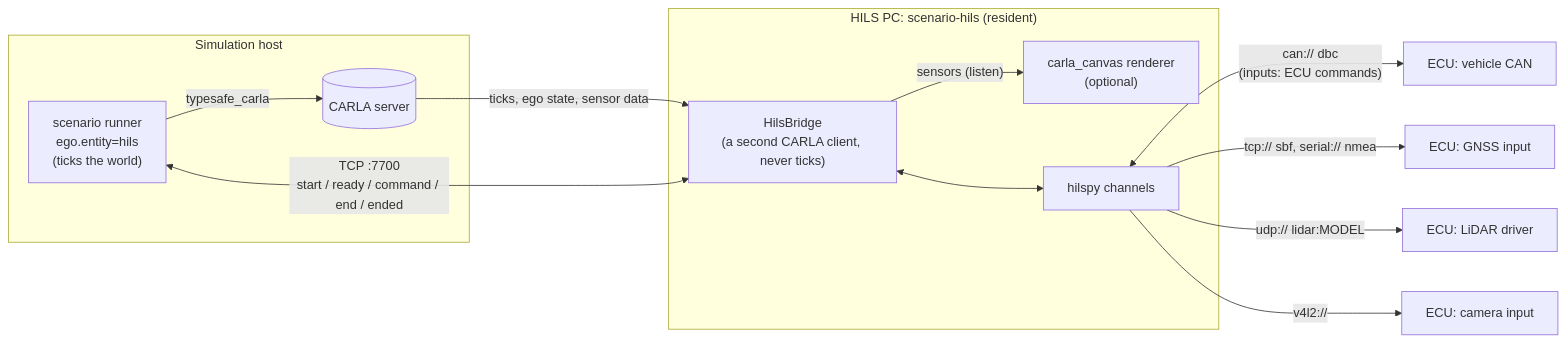
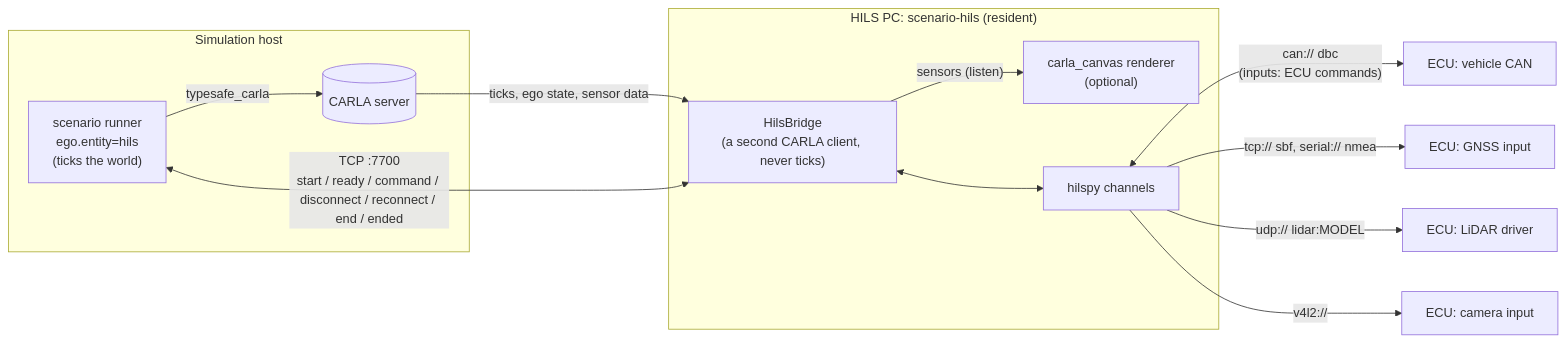
The diagram in autoware_carla_scenario/docs/hils.md (autowarefoundation/autoware_carla_scenario), drawn with Mermaid before and after one commit. The commit also changed other lines of this file and 17 other files, not shown here.

````diff
--- a/autoware_carla_scenario/docs/hils.md
+++ b/autoware_carla_scenario/docs/hils.md
@@ -13,21 +13,21 @@
 ```mermaid
 flowchart LR
     subgraph sim["Simulation host"]
         runner["scenario runner<br/>ego.entity=hils<br/>(ticks the world)"]
         carla[("CARLA server")]
         runner -- typesafe_carla --> carla
     end
     subgraph hils["HILS PC: scenario-hils (resident)"]
         bridge["HilsBridge<br/>(a second CARLA client, never ticks)"]
         canvas["carla_canvas renderer<br/>(optional)"]
         hilspy["hilspy channels"]
         bridge -- "sensors (listen)" --> canvas
         bridge <--> hilspy
     end
     carla -- "ticks, ego state, sensor data" --> bridge
-    runner <-- "TCP :7700<br/>start / ready / command / end / ended" --> bridge
+    runner <-- "TCP :7700<br/>start / ready / command / disconnect / reconnect / end / ended" --> bridge
     hilspy <-- "can:// dbc<br/>(inputs: ECU commands)" --> ecu1["ECU: vehicle CAN"]
     hilspy -- "tcp:// sbf, serial:// nmea" --> ecu2["ECU: GNSS input"]
     hilspy -- "udp:// lidar:MODEL" --> ecu3["ECU: LiDAR driver"]
     hilspy -- "v4l2://" --> ecu4["ECU: camera input"]
 ```
````
